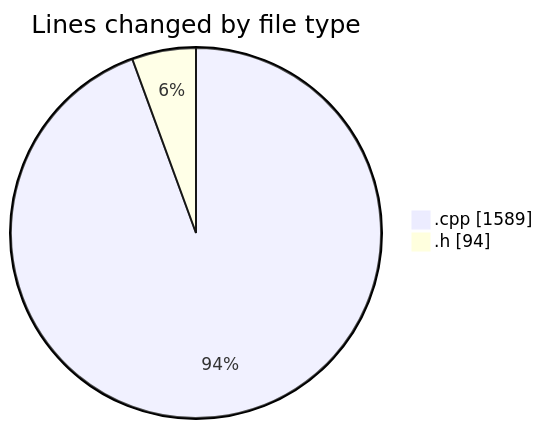
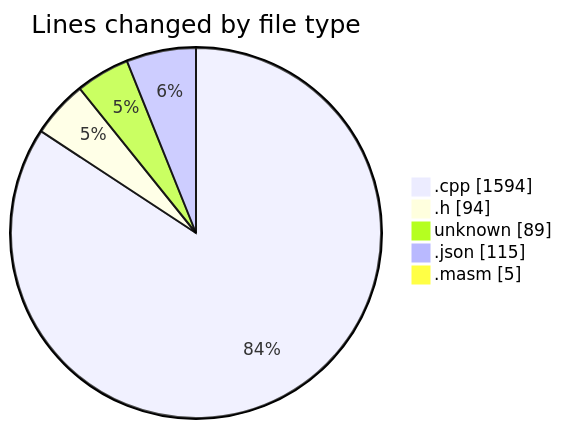
Before and after one commit to charlie-sans/code-tracking: the first of 2 diagrams in 2025-04-29/c-masm/README.md, drawn with Mermaid. The commit also changed other lines of this file and 1 other file, not shown here.

````diff
--- a/2025-04-29/c-masm/README.md
+++ b/2025-04-29/c-masm/README.md
@@ -21,6 +24,9 @@
 ```mermaid
 pie showData
 title Lines changed by file type
-".cpp" : 1589
+".cpp" : 1594
 ".h" : 94
+"unknown" : 89
+".json" : 115
+".masm" : 5
 ```
````
